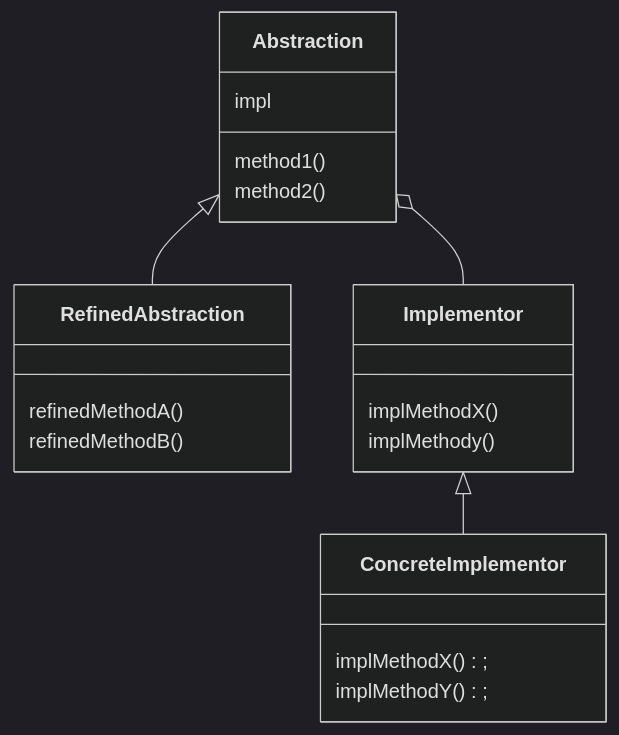
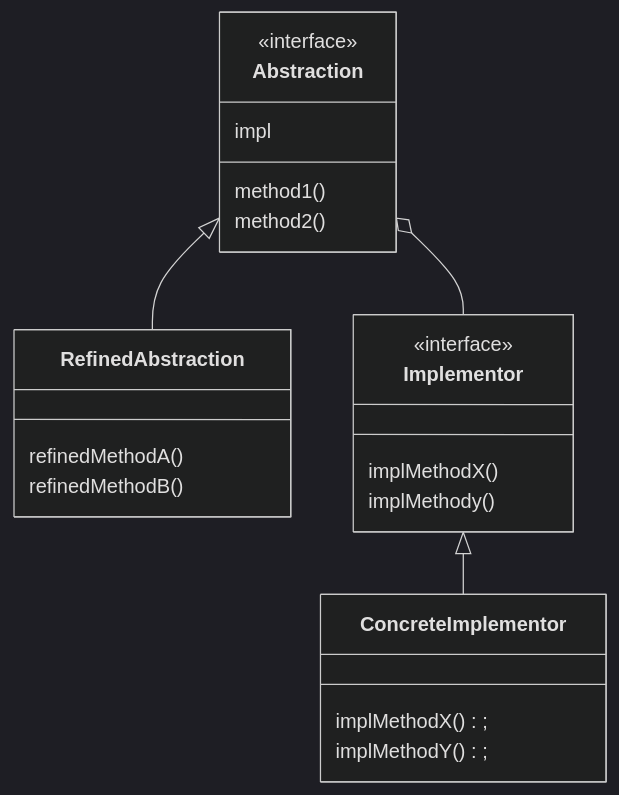
Before and after one commit to codeuphead/notebook: the diagram in design-pattern/structural/02-bridge-pattern.md, drawn with Mermaid (dark theme). The commit also changed 14 other files, not shown here.

````diff
--- a/design-pattern/structural/02-bridge-pattern.md
+++ b/design-pattern/structural/02-bridge-pattern.md
@@ -13,24 +13,26 @@
 ```mermaid
 classDiagram
     class Abstraction{
+        <<interface>>
         impl
         method1()
         method2()
     }
     class RefinedAbstraction{
         refinedMethodA()
         refinedMethodB()
     }
     class Implementor{
+        <<interface>>
         implMethodX()
         implMethody()
     }
     class ConcreteImplementor{
         implMethodX();
         implMethodY();
     }
 
     Abstraction o-- Implementor
     Abstraction <|-- RefinedAbstraction
     Implementor <|-- ConcreteImplementor
 ```
````
